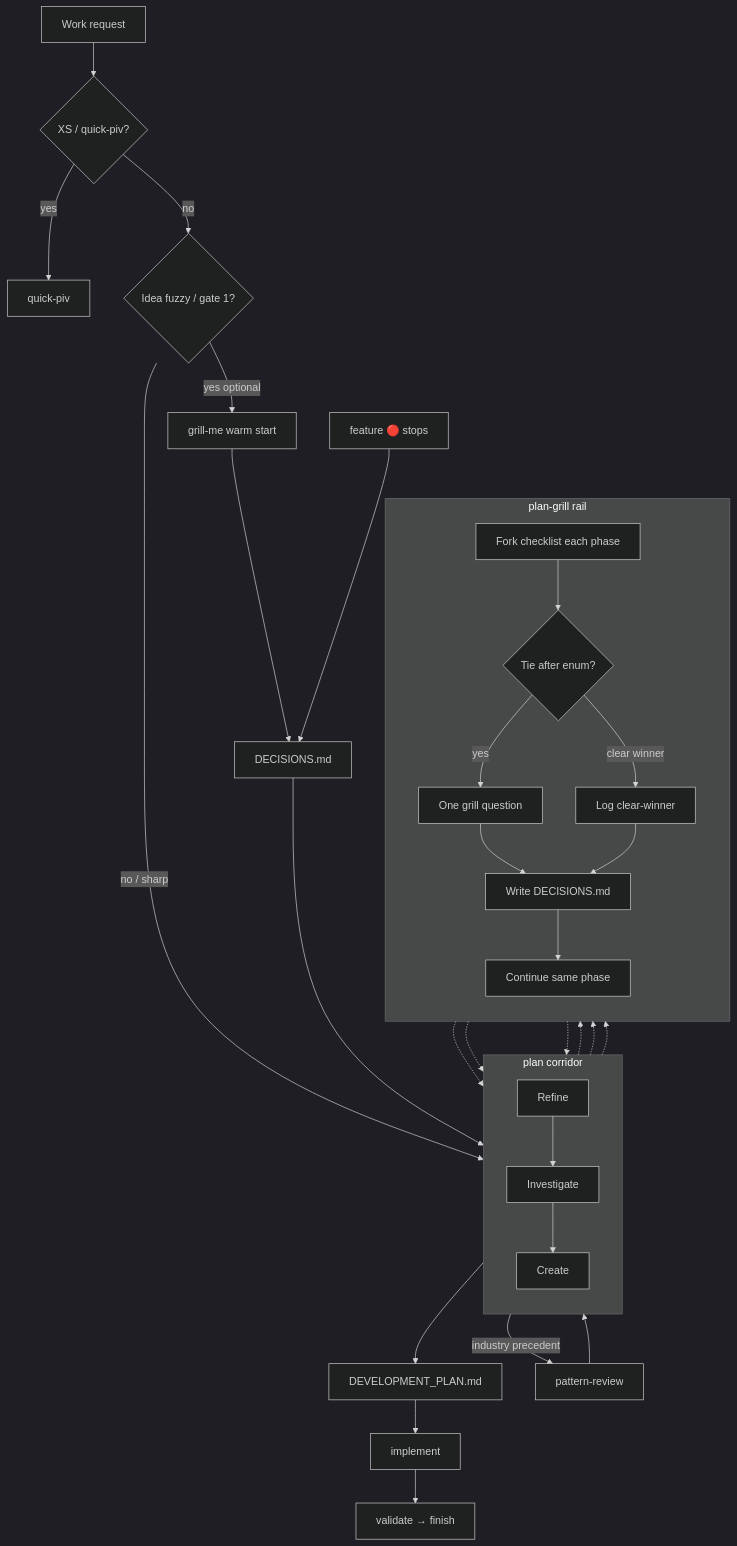
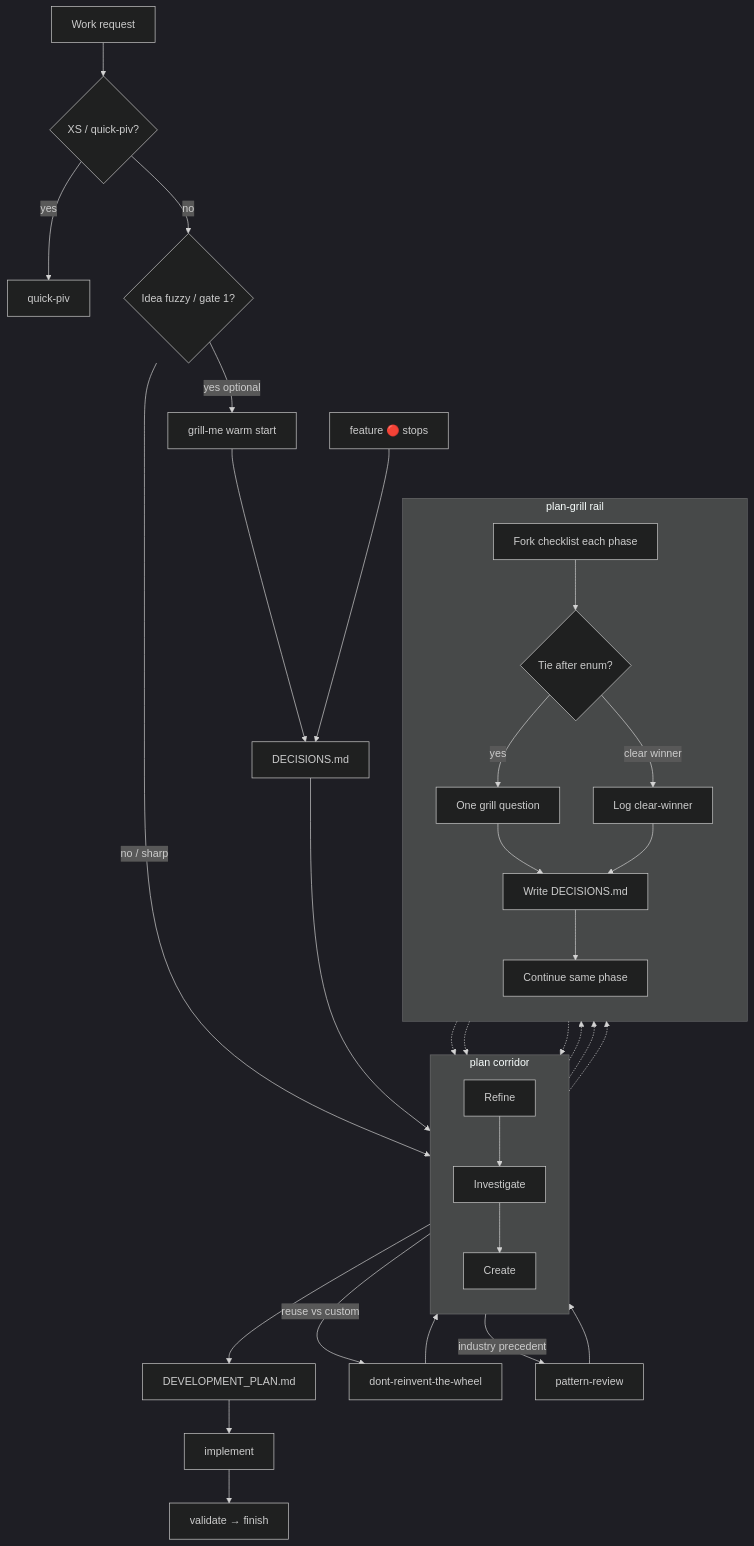
The diagram in .agents/skills/router/references/skill-relationship-flow.md (TMI-apps/boilerplate-vite-supabase-mui-cursor), drawn with Mermaid (dark theme) before and after one commit. The commit also changed other lines of this file and 22 other files, not shown here.

First line of the commit message:
docs: Agent harness — dont-reinvent-the-wheel skill and purge greenfield-clean

````diff
--- a/.agents/skills/router/references/skill-relationship-flow.md
+++ b/.agents/skills/router/references/skill-relationship-flow.md
@@ -16,44 +16,46 @@
 ```mermaid
 flowchart TD
   req[Work request] --> xs{XS / quick-piv?}
   xs -->|yes| qp[quick-piv]
   xs -->|no| warm{Idea fuzzy / gate 1?}
   warm -->|yes optional| grill[grill-me warm start]
   warm -->|no / sharp| corridor
   grill --> ledger[DECISIONS.md]
   ledger --> corridor
 
   subgraph corridor [plan corridor]
     direction TB
     refine[Refine]
     inv[Investigate]
     create[Create]
     refine --> inv --> create
   end
 
   subgraph rail [plan-grill rail]
     direction TB
     check[Fork checklist each phase]
     check --> ask{Tie after enum?}
     ask -->|yes| q[One grill question]
     ask -->|clear winner| log[Log clear-winner]
     q --> write[Write DECISIONS.md]
     log --> write
     write --> same[Continue same phase]
   end
 
   refine -.-> check
   inv -.-> check
   create -.-> check
   same -.-> refine
   same -.-> inv
   same -.-> create
 
   create --> planfile[DEVELOPMENT_PLAN.md]
   planfile --> impl[implement]
   impl --> ship[validate → finish]
 
+  corridor -->|reuse vs custom| wheel[dont-reinvent-the-wheel]
+  wheel --> corridor
   corridor -->|industry precedent| pr[pattern-review]
   pr --> corridor
   feature[feature 🔴 stops] --> ledger
 ```
````
